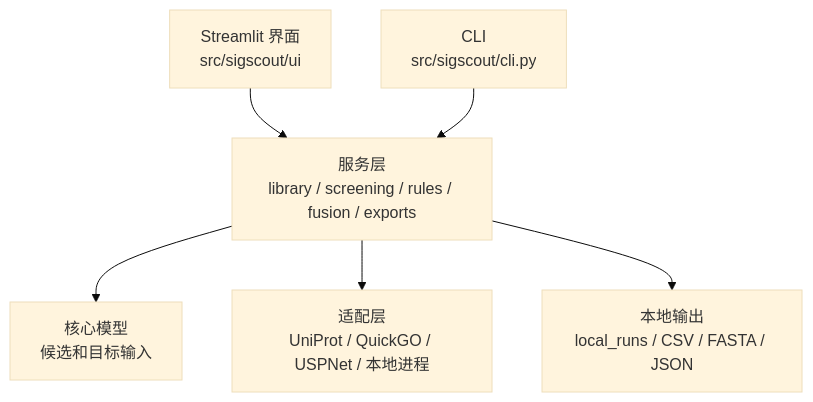
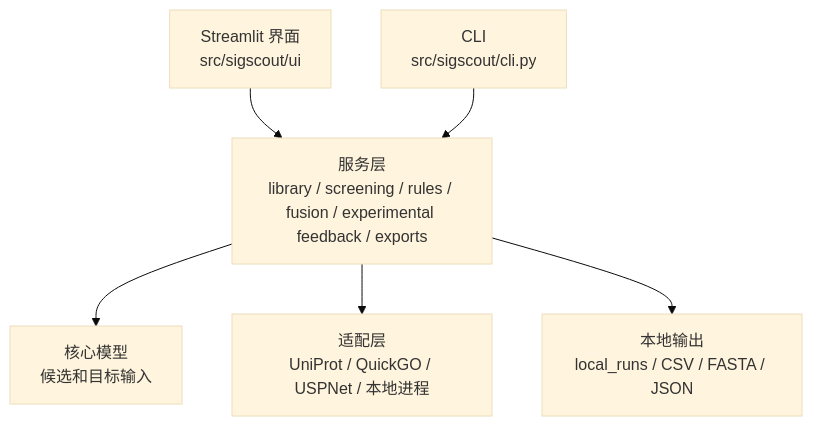
Before and after one commit to 77652189/SigScout: the second of 2 diagrams in README.md, drawn with Mermaid (base theme). The commit also changed other lines of this file and 1 other file, not shown here.

First line of the commit message:
docs: document the experimental feedback loop and guided exploration

````diff
--- a/README.md
+++ b/README.md
@@ -64,15 +67,15 @@
 ```mermaid
 flowchart TD
     UI["Streamlit 界面<br/>src/sigscout/ui"]
     CLI["CLI<br/>src/sigscout/cli.py"]
-    SERVICES["服务层<br/>library / screening / rules / fusion / exports"]
+    SERVICES["服务层<br/>library / screening / rules / fusion / experimental feedback / exports"]
     CORE["核心模型<br/>候选和目标输入"]
     ADAPTERS["适配层<br/>UniProt / QuickGO / USPNet / 本地进程"]
     DATA["本地输出<br/>local_runs / CSV / FASTA / JSON"]
 
     UI --> SERVICES
     CLI --> SERVICES
     SERVICES --> CORE
     SERVICES --> ADAPTERS
     SERVICES --> DATA
 ```
````
